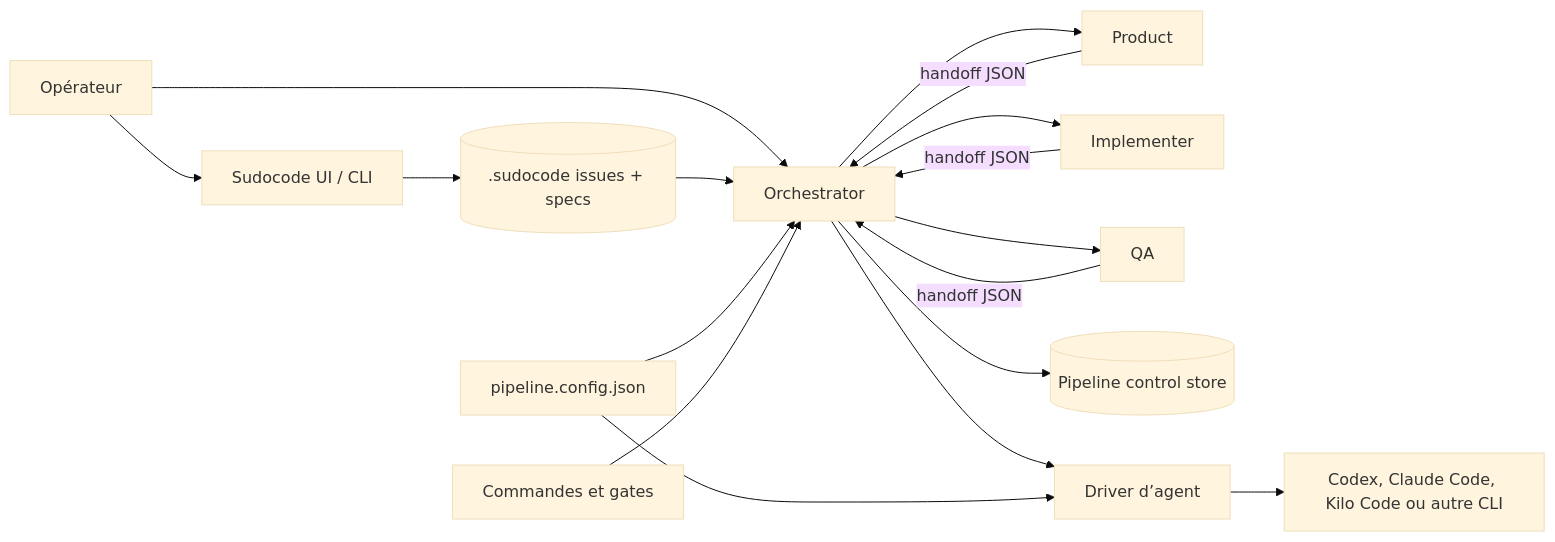
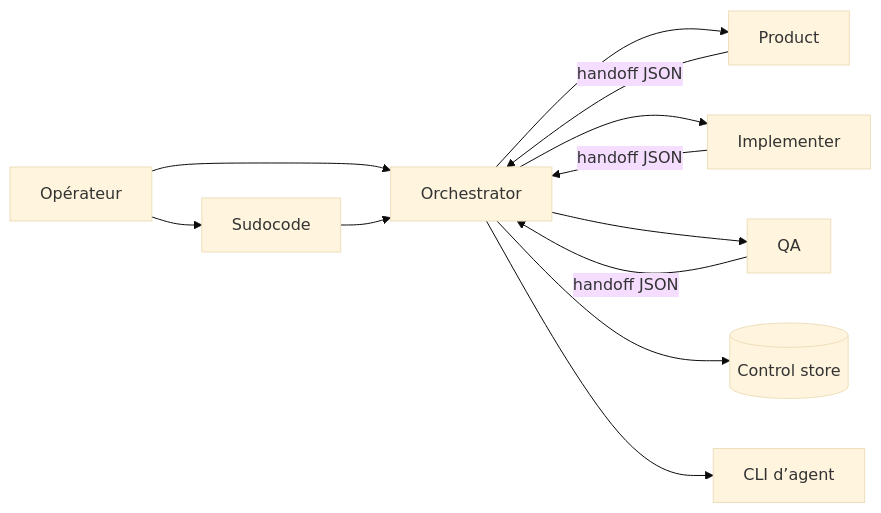
One commit to HerbertCodex/agent-pipeline changed the diagram in README.md. Above: the diagram before and after it, drawn with Mermaid (base theme). The commit also changed other lines of this file, not shown here.

```diff
--- a/README.md
+++ b/README.md
@@ -47,19 +24,14 @@
 ~~~mermaid
 flowchart LR
     U[Opérateur] --> O[Orchestrator]
-    U --> SU[Sudocode UI / CLI]
-    SU --> ST[(.sudocode issues + specs)]
-    ST --> O
+    U --> S[Sudocode]
+    S --> O
     O --> P[Product]
     O --> I[Implementer]
     O --> Q[QA]
     P -->|handoff JSON| O
     I -->|handoff JSON| O
     Q -->|handoff JSON| O
-    O --> S[(Pipeline control store)]
-    O --> D[Driver d’agent]
-    D --> R[Codex, Claude Code, Kilo Code ou autre CLI]
-    C[pipeline.config.json] --> O
-    C --> D
-    G[Commandes et gates] --> O
+    O --> C[(Control store)]
+    O --> R[CLI d’agent]
 ~~~
```
